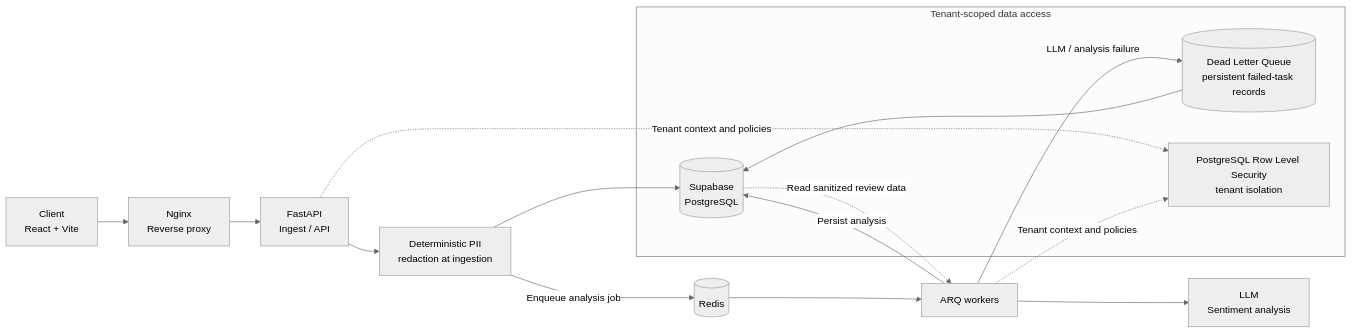
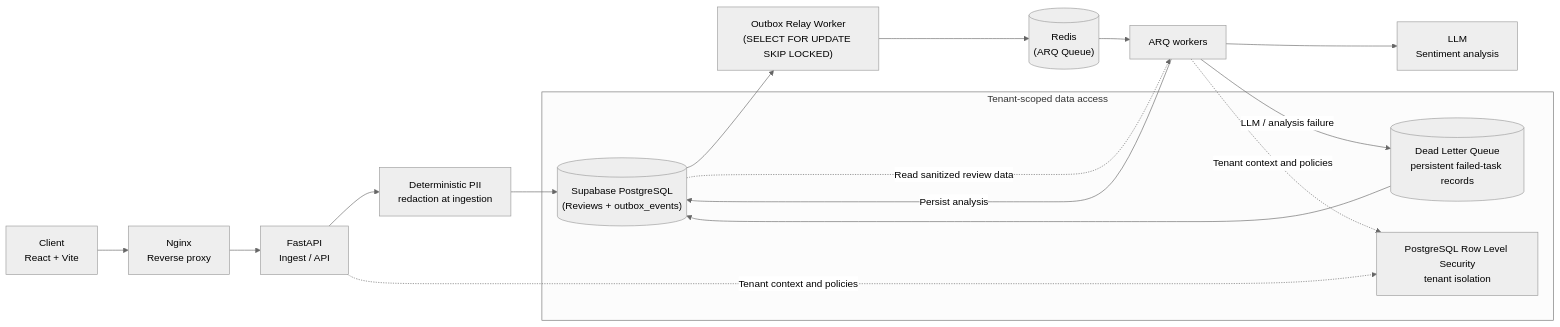
One commit to melaven/enterprise-serm-platform changed the diagram in README.md. Above: the diagram before and after it, drawn with Mermaid (neutral theme). The commit also changed other lines of this file, not shown here.

Commit message:
docs(architecture): update outbox pattern diagram and concurrency control in README

````diff
--- a/README.md
+++ b/README.md
@@ -53,25 +53,26 @@
 ```mermaid
 flowchart LR
     Client["Client<br/>React + Vite"] --> Nginx["Nginx<br/>Reverse proxy"]
     Nginx --> API["FastAPI<br/>Ingest / API"]
 
     API --> Sanitize["Deterministic PII<br/>redaction at ingestion"]
-    Sanitize --> DB[("Supabase<br/>PostgreSQL")]
-    Sanitize -->|Enqueue analysis job| Redis[("Redis")]
+    Sanitize --> DB[("Supabase PostgreSQL<br/>(Reviews + outbox_events)")]
+    DB --> Relay["Outbox Relay Worker<br/>(SELECT FOR UPDATE SKIP LOCKED)"]
+    Relay --> Redis[("Redis<br/>(ARQ Queue)")]
     Redis --> Worker["ARQ workers"]
 
     DB -. "Read sanitized review data" .-> Worker
     Worker --> LLM["LLM<br/>Sentiment analysis"]
     Worker -->|Persist analysis| DB
     Worker -->|LLM / analysis failure| DLQ[("Dead Letter Queue<br/>persistent failed-task records")]
     DLQ --> DB
 
     subgraph TenantBoundary["Tenant-scoped data access"]
         DB
         DLQ
         RLS["PostgreSQL Row Level Security<br/>tenant isolation"]
     end
 
     API -. "Tenant context and policies" .-> RLS
     Worker -. "Tenant context and policies" .-> RLS
 ```
````
